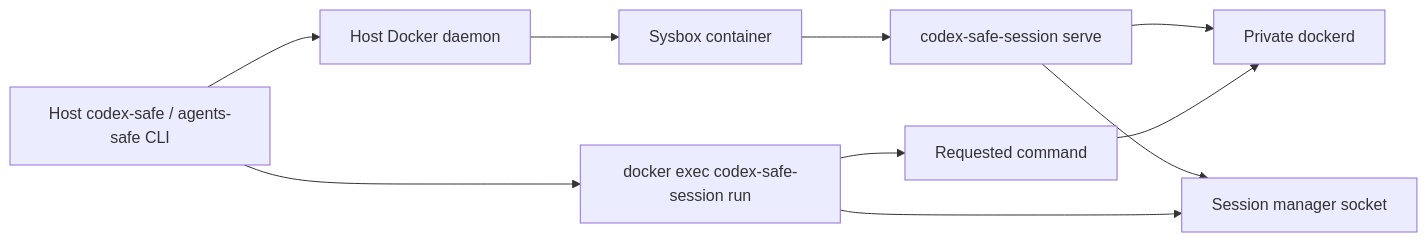
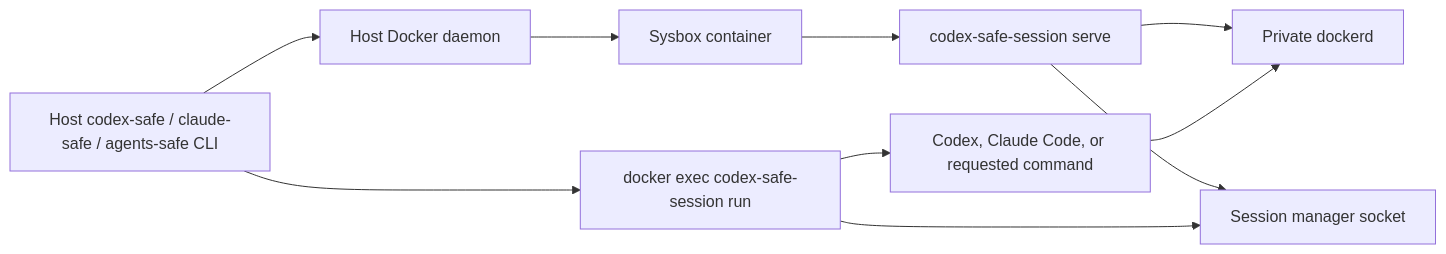
One commit to vkuptcov/agents-safe-environment changed the diagram in ARCHITECTURE.md. Above: the diagram before and after it, drawn with Mermaid. The commit also changed other lines of this file and 48 other files, not shown here.

Commit message:
Claude code support (#13)

````diff
--- a/ARCHITECTURE.md
+++ b/ARCHITECTURE.md
@@ -14,12 +15,12 @@
 ```mermaid
 flowchart LR
-    CLI["Host codex-safe / agents-safe CLI"] --> HostDocker["Host Docker daemon"]
+    CLI["Host codex-safe / claude-safe / agents-safe CLI"] --> HostDocker["Host Docker daemon"]
     HostDocker --> Container["Sysbox container"]
     Container --> Supervisor["codex-safe-session serve"]
     Supervisor --> InnerDocker["Private dockerd"]
     Supervisor --> Manager["Session manager socket"]
     CLI --> Wrapper["docker exec codex-safe-session run"]
     Wrapper --> Manager
-    Wrapper --> Command["Requested command"]
+    Wrapper --> Command["Codex, Claude Code, or requested command"]
     Command --> InnerDocker
 ```
````
